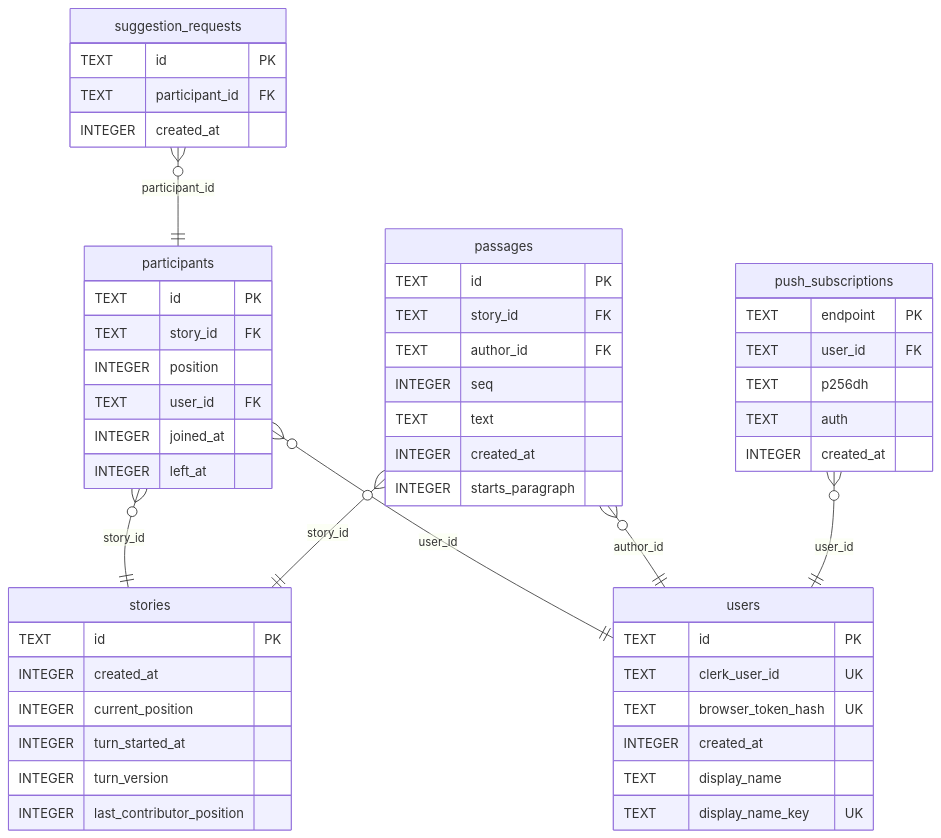
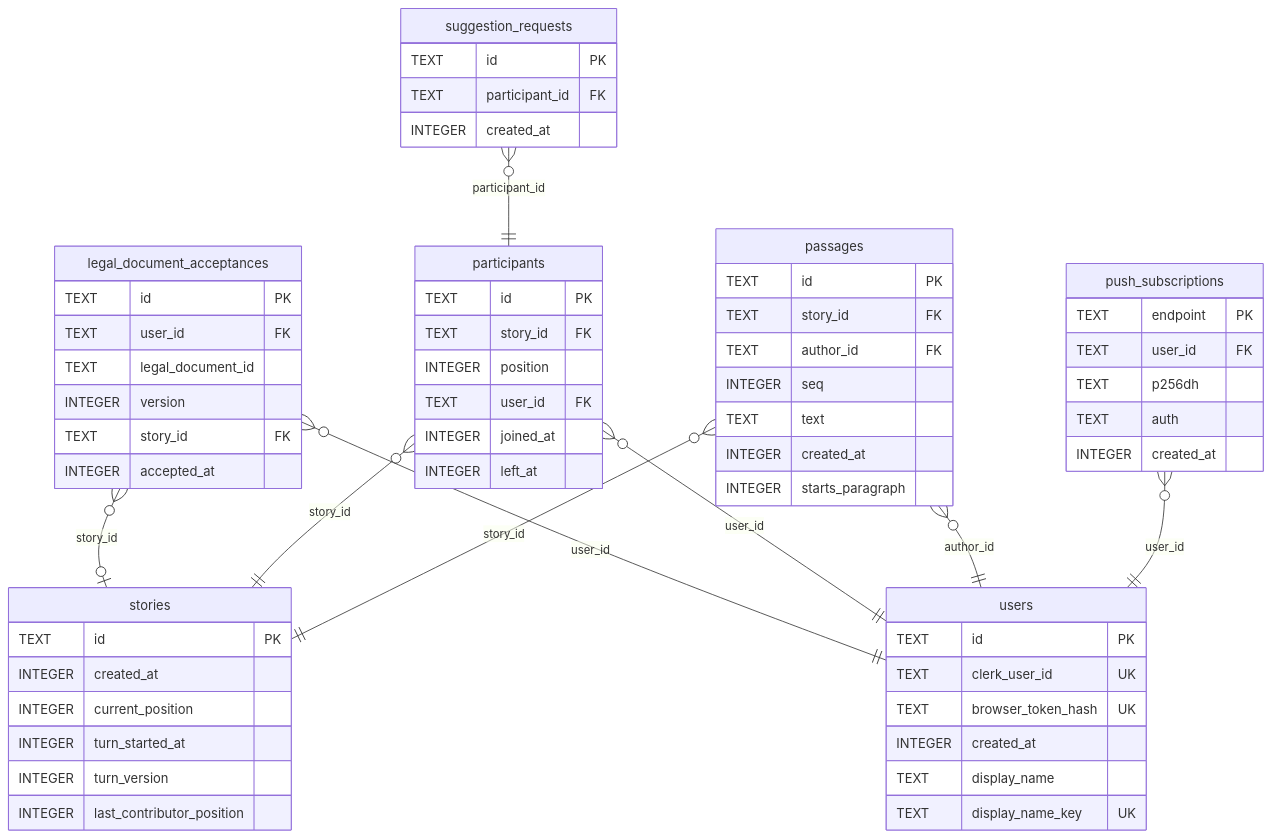
The diagram in docs/database.md (ebh/andthen), drawn with Mermaid before and after one commit. The commit also changed other lines of this file and 20 other files, not shown here.

First line of the commit message:
Record legal document acceptances

````diff
--- a/docs/database.md
+++ b/docs/database.md
@@ -11,54 +11,64 @@
 ```mermaid
 erDiagram
+  legal_document_acceptances {
+    TEXT id PK
+    TEXT user_id FK
+    TEXT legal_document_id
+    INTEGER version
+    TEXT story_id FK
+    INTEGER accepted_at
+  }
   participants {
     TEXT id PK
     TEXT story_id FK
     INTEGER position
     TEXT user_id FK
     INTEGER joined_at
     INTEGER left_at
   }
   passages {
     TEXT id PK
     TEXT story_id FK
     TEXT author_id FK
     INTEGER seq
     TEXT text
     INTEGER created_at
     INTEGER starts_paragraph
   }
   push_subscriptions {
     TEXT endpoint PK
     TEXT user_id FK
     TEXT p256dh
     TEXT auth
     INTEGER created_at
   }
   stories {
     TEXT id PK
     INTEGER created_at
     INTEGER current_position
     INTEGER turn_started_at
     INTEGER turn_version
     INTEGER last_contributor_position
   }
   suggestion_requests {
     TEXT id PK
     TEXT participant_id FK
     INTEGER created_at
   }
   users {
     TEXT id PK
     TEXT clerk_user_id UK
     TEXT browser_token_hash UK
     INTEGER created_at
     TEXT display_name
     TEXT display_name_key UK
   }
+  legal_document_acceptances }o--o| stories : "story_id"
+  legal_document_acceptances }o--|| users : "user_id"
   participants }o--|| stories : "story_id"
   participants }o--|| users : "user_id"
   passages }o--|| users : "author_id"
   passages }o--|| stories : "story_id"
   push_subscriptions }o--|| users : "user_id"
   suggestion_requests }o--|| participants : "participant_id"
 ```
````
